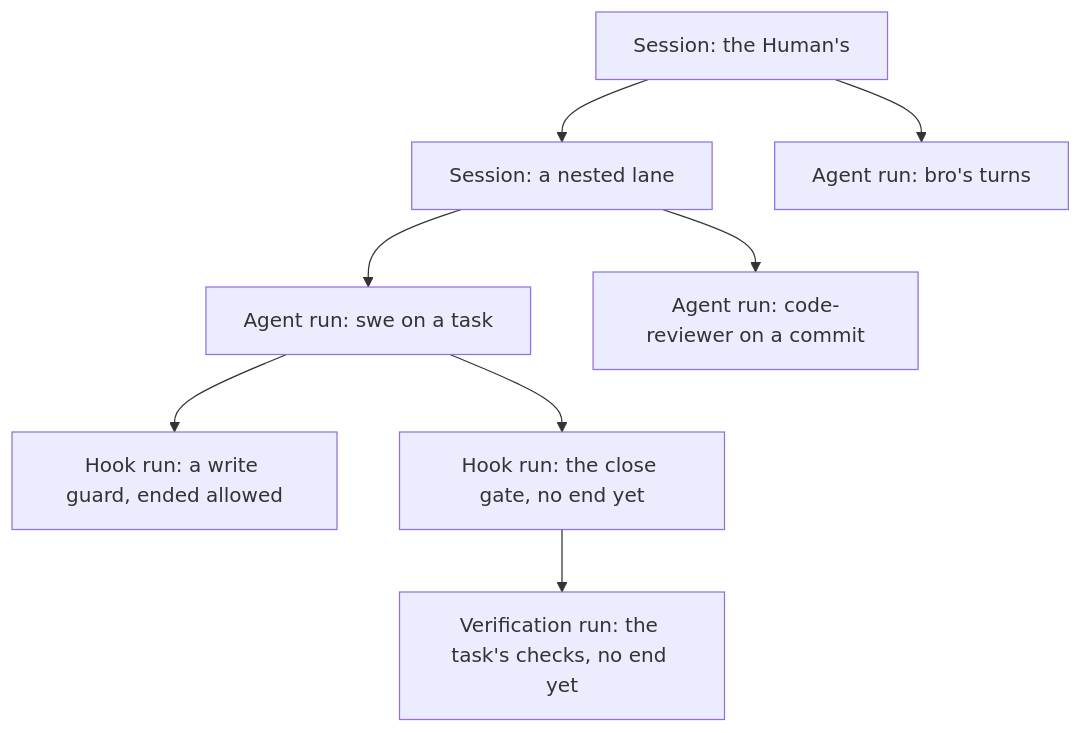
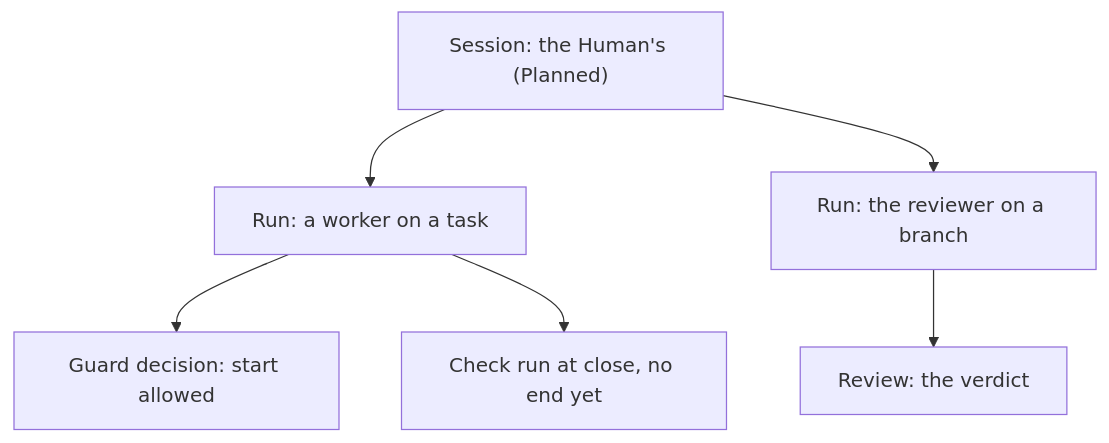
The second of 7 diagrams in docs/architecture/TRAJECTORY.md (trustmybot/tmb), drawn with Mermaid before and after one commit. The commit also changed other lines of this file and 38 other files, not shown here.

````diff
--- a/docs/architecture/TRAJECTORY.md
+++ b/docs/architecture/TRAJECTORY.md
@@ -15,10 +48,8 @@
 ```mermaid
 flowchart TD
-    S1[Session: the Human's] --> S2[Session: a nested lane]
-    S1 --> R1[Agent run: bro's turns]
-    S2 --> R2[Agent run: swe on a task]
-    S2 --> R3[Agent run: code-reviewer on a commit]
-    R2 --> H1[Hook run: a write guard, ended allowed]
-    R2 --> H2[Hook run: the close gate, no end yet]
-    H2 --> V1[Verification run: the task's checks, no end yet]
+    S1["Session: the Human's (Planned)"] --> R1["Run: a worker on a task"]
+    S1 --> R2["Run: the reviewer on a branch"]
+    R1 --> H1["Guard decision: start allowed"]
+    R1 --> V1["Check run at close, no end yet"]
+    R2 --> W["Review: the verdict"]
 ```
````
